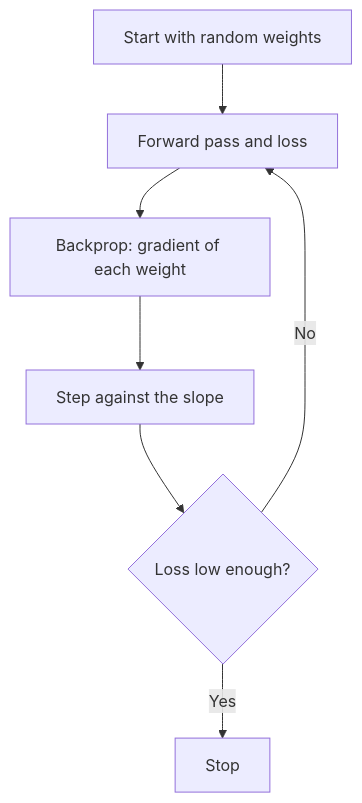
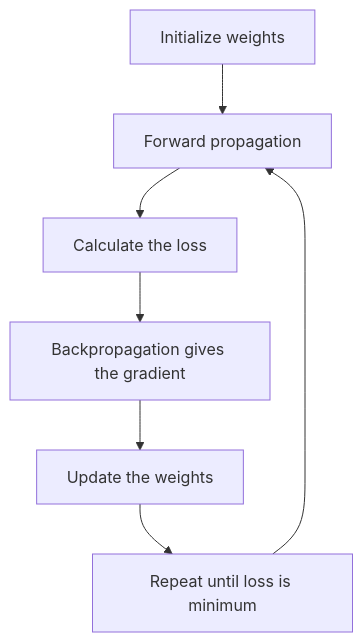
One commit to TrendySloth1001/sem-seven-notes changed the diagram in content/deep-learning/pyq/2024-12/q1b.mdx. Above: the diagram before and after it, drawn with Mermaid. The commit also changed other lines of this file and 254 other files, not shown here.

Commit message:
Rewrite the backpropagation, gradient descent, regularization and autoencoder notes and their 29 answers from the teachers' class files. They use 185 teacher figures with class-notes citations only, and correct the AdaGrad, RMSProp, Nesterov and batch-norm numbers on the slides.

````diff
--- a/content/deep-learning/pyq/2024-12/q1b.mdx
+++ b/content/deep-learning/pyq/2024-12/q1b.mdx
@@ -15,10 +11,10 @@
 ```mermaid
-%% caption: Gradient descent is a loop. Each pass moves the weights a little downhill.
+%% caption: The working flow of gradient descent. Each loop moves the weights a little downhill until the loss is minimum.
 flowchart TD
-  A["Start with random weights"] --> B["Forward pass and loss"]
-  B --> C["Backprop: gradient of each weight"]
-  C --> D["Step against the slope"]
-  D --> E{"Loss low enough?"}
-  E -- "No" --> B
-  E -- "Yes" --> F["Stop"]
+  A["Initialize weights"] --> B["Forward propagation"]
+  B --> C["Calculate the loss"]
+  C --> D["Backpropagation gives the gradient"]
+  D --> E["Update the weights"]
+  E --> F["Repeat until loss is minimum"]
+  F --> B
 ```
````
